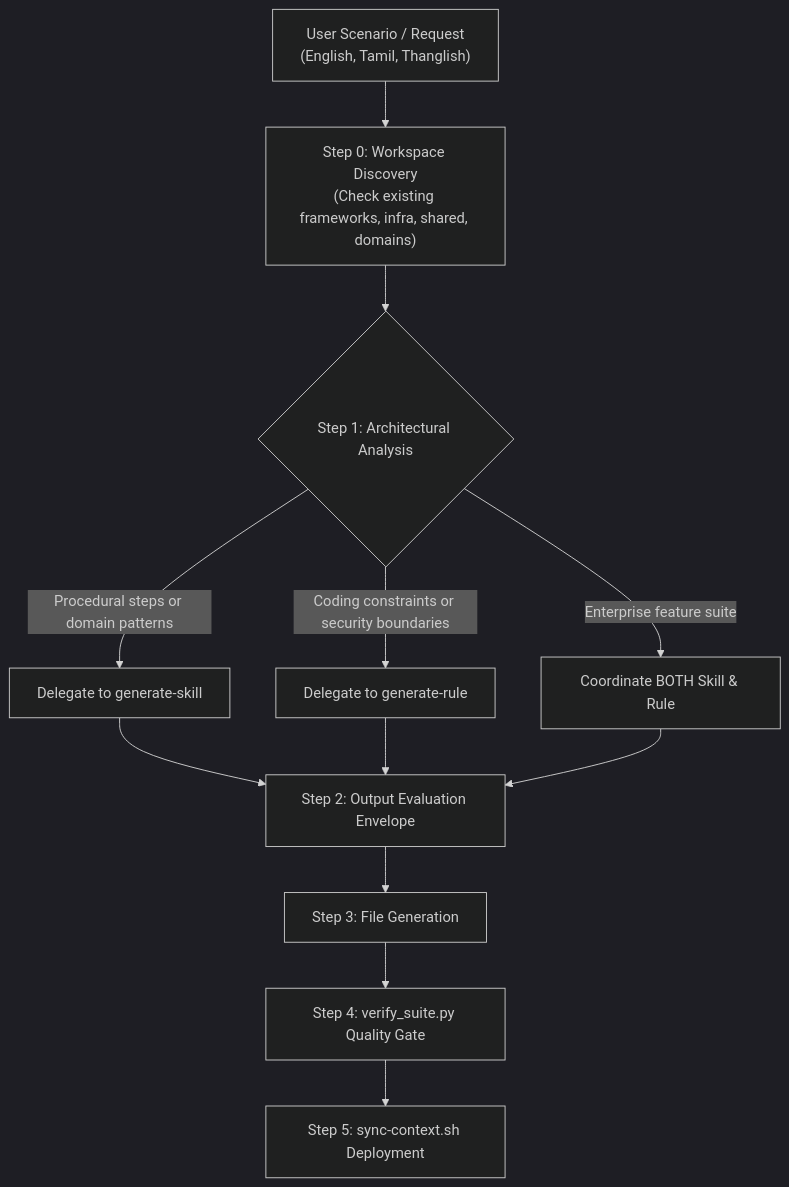
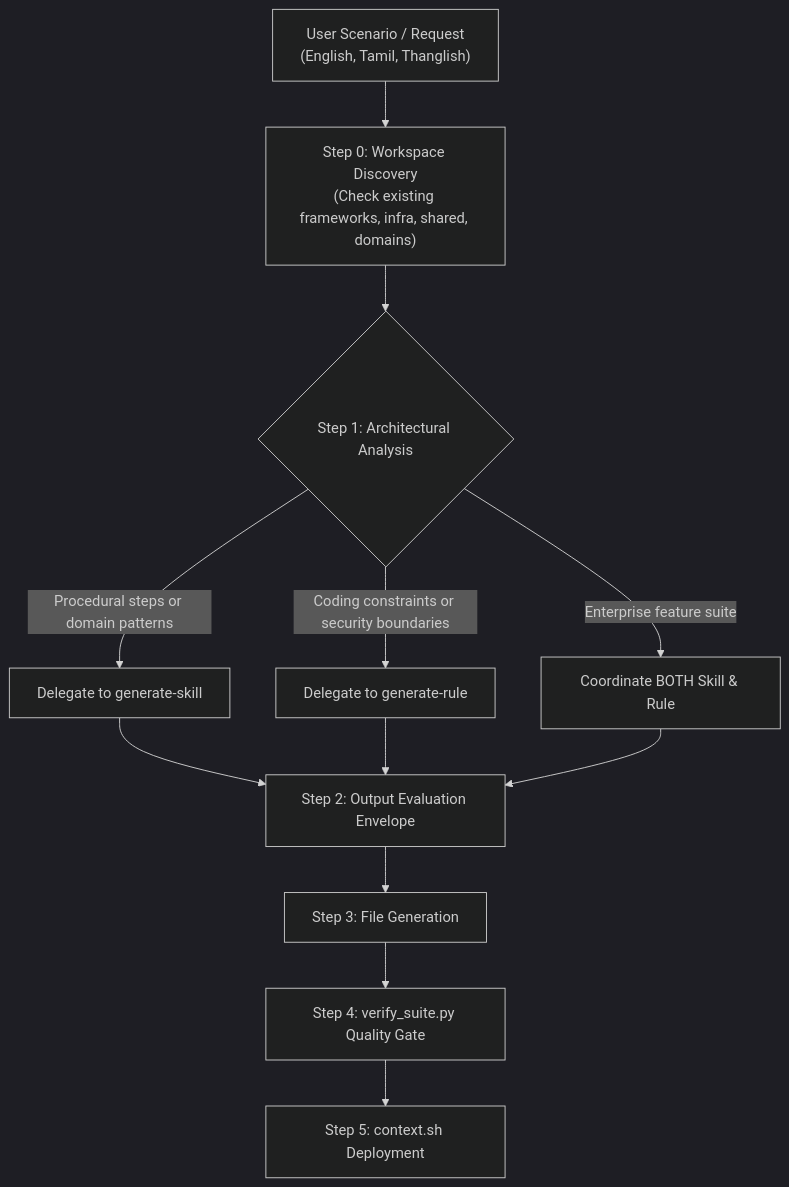
The diagram in tools/generators/generate-agent-suite/skills/SKILL.md (muralitharan805/ai-agent-toolkit), drawn with Mermaid (dark theme) before and after one commit. The commit also changed other lines of this file, not shown here.

````diff
--- a/tools/generators/generate-agent-suite/skills/SKILL.md
+++ b/tools/generators/generate-agent-suite/skills/SKILL.md
@@ -36,14 +36,14 @@
 ```mermaid
 graph TD
     A["User Scenario / Request<br/>(English, Tamil, Thanglish)"] --> B["Step 0: Workspace Discovery<br/>(Check existing frameworks, infra, shared, domains)"]
     B --> C{"Step 1: Architectural Analysis"}
     C -->|"Procedural steps or domain patterns"| D["Delegate to generate-skill"]
     C -->|"Coding constraints or security boundaries"| E["Delegate to generate-rule"]
     C -->|"Enterprise feature suite"| F["Coordinate BOTH Skill & Rule"]
     D --> G["Step 2: Output Evaluation Envelope"]
     E --> G
     F --> G
     G --> H["Step 3: File Generation"]
     H --> I["Step 4: verify_suite.py Quality Gate"]
-    I --> J["Step 5: sync-context.sh Deployment"]
+    I --> J["Step 5: context.sh Deployment"]
 ```
````
